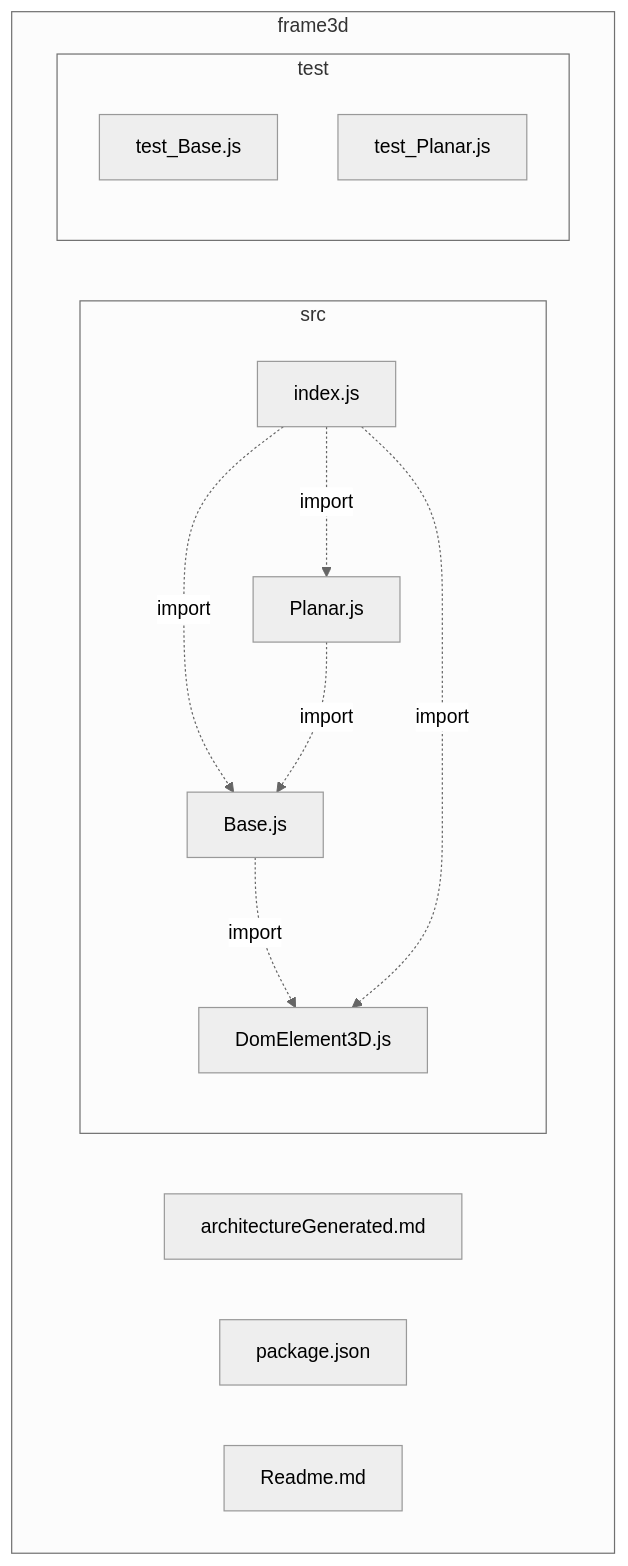
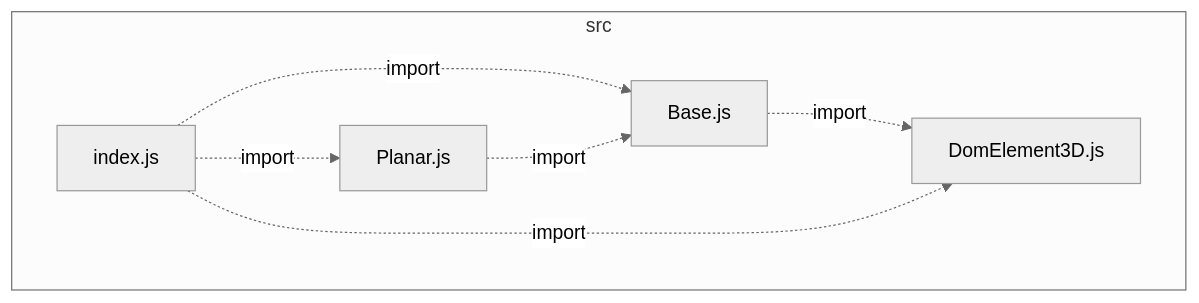
One commit to VCityTeam/UD-Viz changed the diagram in packages/frame3d/architectureGenerated.md. Above: the diagram before and after it, drawn with Mermaid (neutral theme). The commit also changed 25 other files, not shown here.

Commit message:
update(doc):generate diagrams from *package*/src/

````diff
--- a/packages/frame3d/architectureGenerated.md
+++ b/packages/frame3d/architectureGenerated.md
@@ -1,23 +1,14 @@
 ```mermaid
 flowchart
- subgraph IDframe3d["frame3d"]
-  IDframe3dArchitectureGenerated2emd["architectureGenerated.md"]
-  IDframe3dPackage2ejson["package.json"]
-  IDframe3dReadme2emd["Readme.md"]
-  subgraph IDframe3dSrc["src"]
-   IDframe3dSrcBase2ejs["Base.js"]
-   IDframe3dSrcDomElement3D2ejs["DomElement3D.js"]
-   IDframe3dSrcIndex2ejs["index.js"]
-   IDframe3dSrcPlanar2ejs["Planar.js"]
-  end
-  subgraph IDframe3dTest["test"]
-   IDframe3dTestTest5fBase2ejs["test_Base.js"]
-   IDframe3dTestTest5fPlanar2ejs["test_Planar.js"]
-  end
+ subgraph IDsrc["src"]
+  IDsrcBase2ejs["Base.js"]
+  IDsrcDomElement3D2ejs["DomElement3D.js"]
+  IDsrcIndex2ejs["index.js"]
+  IDsrcPlanar2ejs["Planar.js"]
  end
-IDframe3dSrcBase2ejs-.->|import|IDframe3dSrcDomElement3D2ejs
-IDframe3dSrcIndex2ejs-.->|import|IDframe3dSrcPlanar2ejs
-IDframe3dSrcIndex2ejs-.->|import|IDframe3dSrcBase2ejs
-IDframe3dSrcIndex2ejs-.->|import|IDframe3dSrcDomElement3D2ejs
-IDframe3dSrcPlanar2ejs-.->|import|IDframe3dSrcBase2ejs
+IDsrcBase2ejs-.->|import|IDsrcDomElement3D2ejs
+IDsrcIndex2ejs-.->|import|IDsrcPlanar2ejs
+IDsrcIndex2ejs-.->|import|IDsrcBase2ejs
+IDsrcIndex2ejs-.->|import|IDsrcDomElement3D2ejs
+IDsrcPlanar2ejs-.->|import|IDsrcBase2ejs
 ```
````
